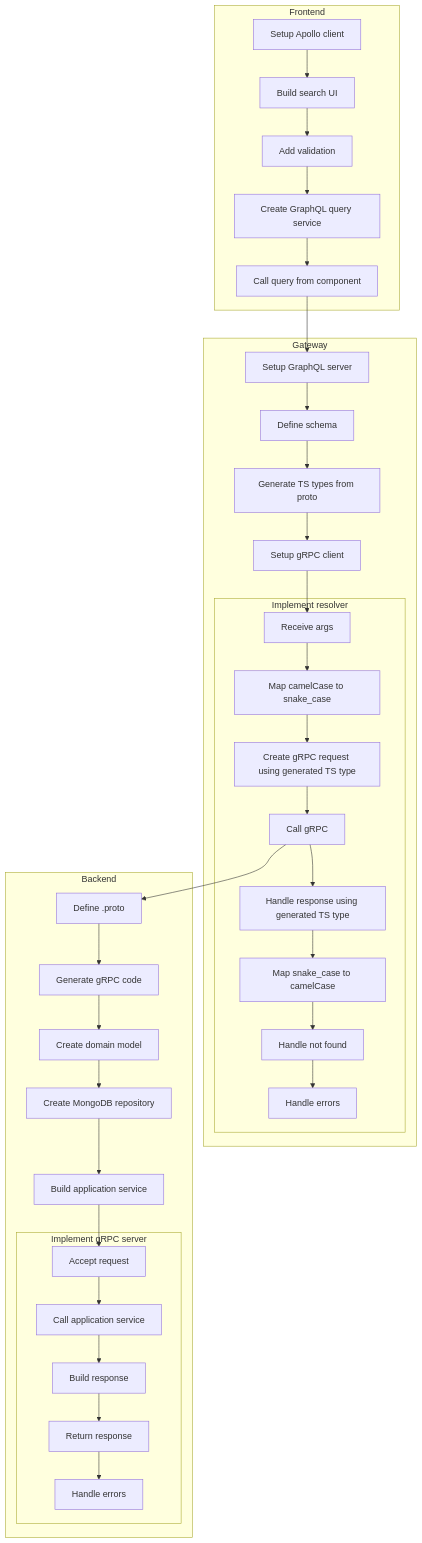
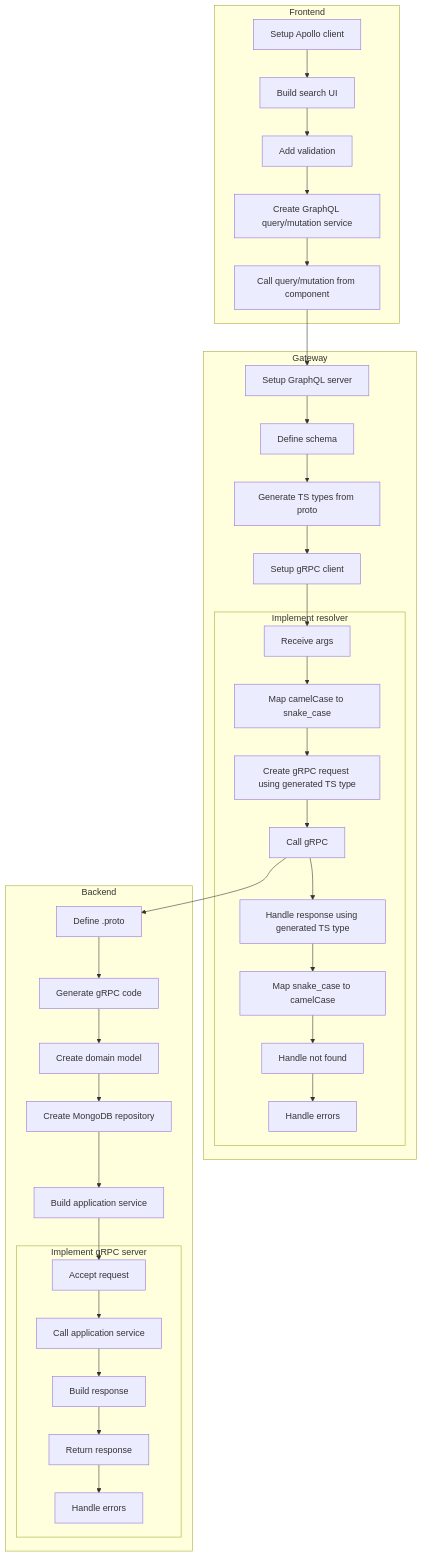
Before and after one commit to sbhrwl/microservices: the diagram in sensorregistration/graphql/README.md, drawn with Mermaid. The commit also changed other lines of this file, not shown here.

````diff
--- a/sensorregistration/graphql/README.md
+++ b/sensorregistration/graphql/README.md
@@ -47,58 +47,58 @@
 ```mermaid
 
 flowchart TD
   subgraph "Frontend"
     F1["Setup Apollo client"]
     F2["Build search UI"]
     F3["Add validation"]
-    F4["Create GraphQL query service"]
-    F5["Call query from component"]
+    F4["Create GraphQL query/mutation service"]
+    F5["Call query/mutation from component"]
 
     F1 --> F2 --> F3 --> F4 --> F5
   end
 
   subgraph "Gateway"
     G1["Setup GraphQL server"]
     G2["Define schema"]
     G3["Generate TS types from proto"]
     G4["Setup gRPC client"]
 
     subgraph "Implement resolver"
       R1["Receive args"]
       R2["Map camelCase to snake_case"]
       R3["Create gRPC request using generated TS type"]
       R4["Call gRPC"]
       R5["Handle response using generated TS type"]
       R6["Map snake_case to camelCase"]
       R7["Handle not found"]
       R8["Handle errors"]
 
       R1 --> R2 --> R3 --> R4 --> R5 --> R6 --> R7 --> R8
     end
 
     G1 --> G2 --> G3 --> G4 --> R1
   end
 
   subgraph "Backend"
     B1["Define .proto"]
     B2["Generate gRPC code"]
     B3["Create domain model"]
     B4["Create MongoDB repository"]
     B5["Build application service"]
 
     subgraph "Implement gRPC server"
       S1["Accept request"]
       S2["Call application service"]
       S3["Build response"]
       S4["Return response"]
       S5["Handle errors"]
 
       S1 --> S2 --> S3 --> S4 --> S5
     end
 
     B1 --> B2 --> B3 --> B4 --> B5 --> S1
   end
 
   F5 --> G1
   R4 --> B1
 ```
````
